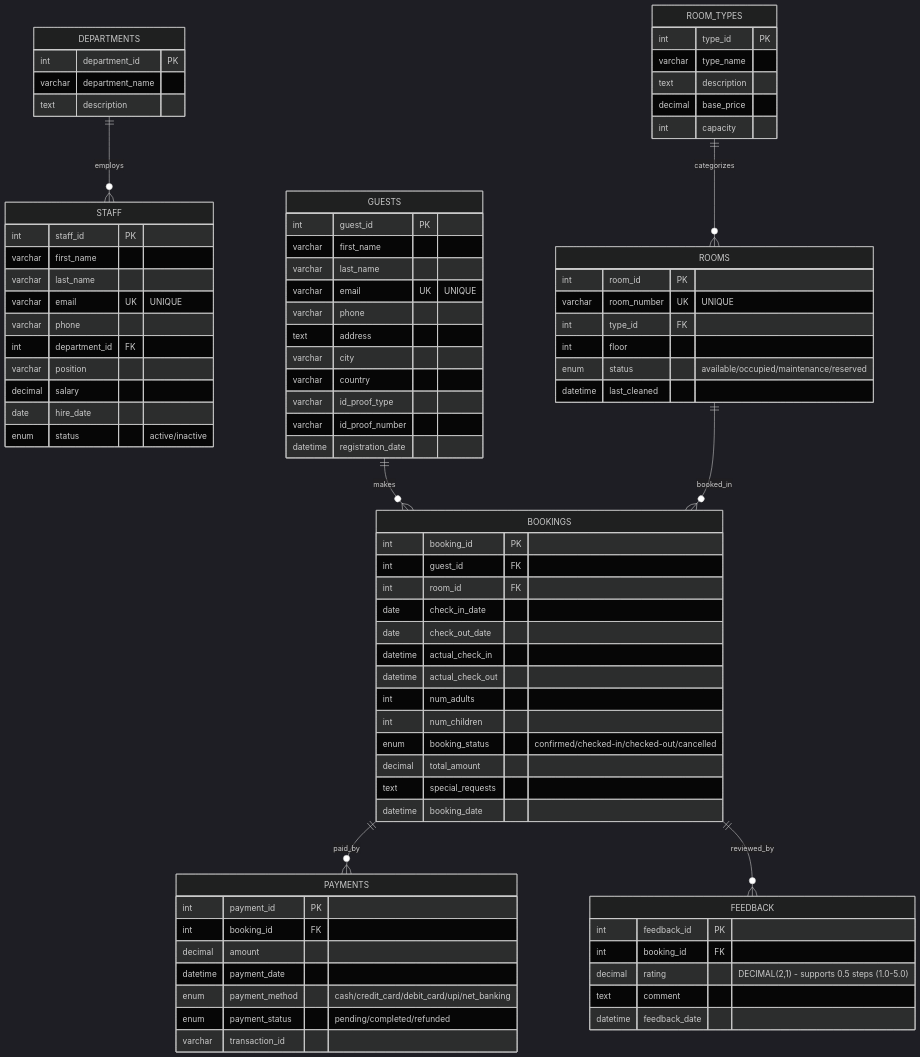
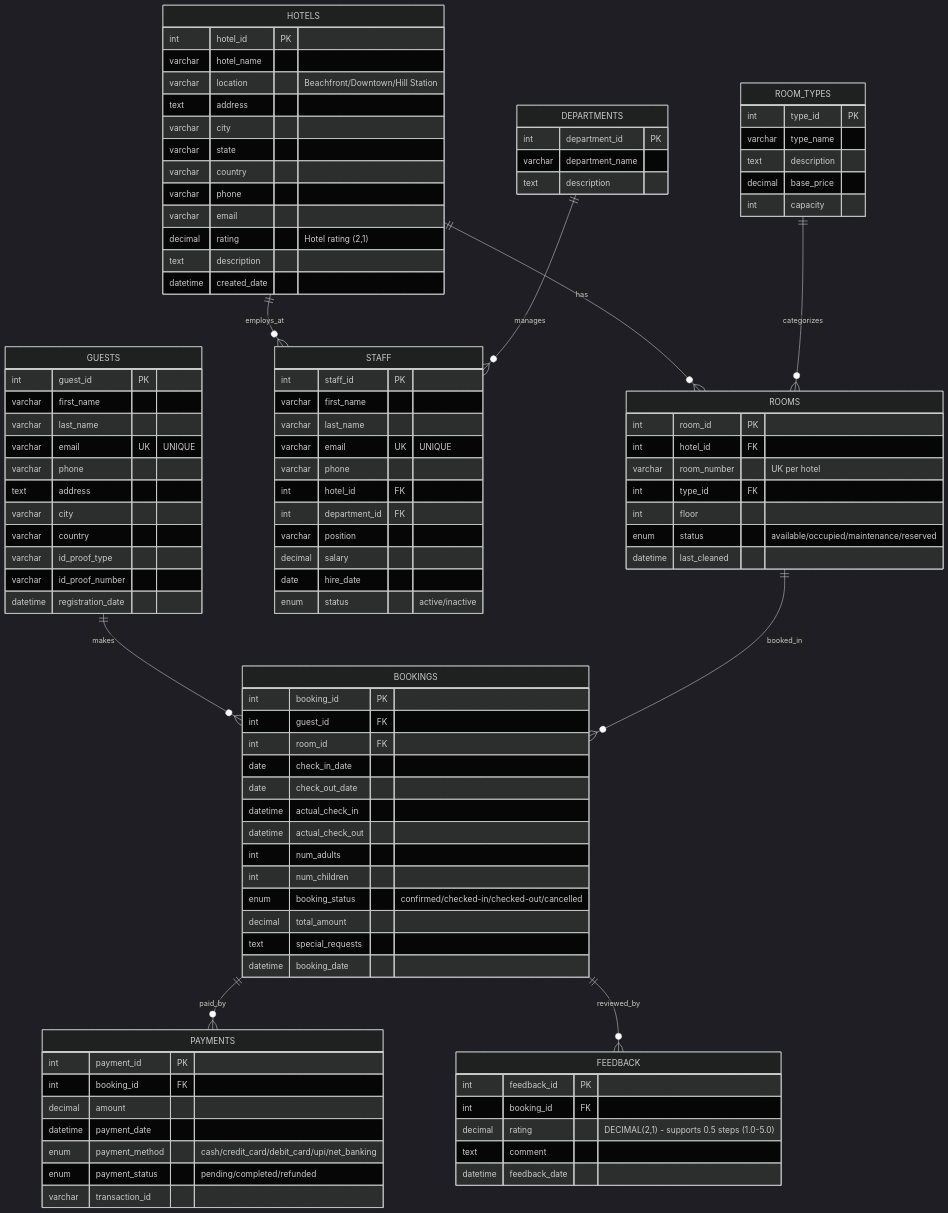
Before and after one commit to souvikpaul964-hue/DBMS: the diagram in ER_DIAGRAM_MERMAID.md, drawn with Mermaid (dark theme). The commit also changed other lines of this file and 4 other files, not shown here.

````diff
--- a/ER_DIAGRAM_MERMAID.md
+++ b/ER_DIAGRAM_MERMAID.md
@@ -7,11 +7,28 @@
 ```mermaid
 erDiagram
-    DEPARTMENTS ||--o{ STAFF : "employs"
+    HOTELS ||--o{ ROOMS : "has"
+    HOTELS ||--o{ STAFF : "employs_at"
+    DEPARTMENTS ||--o{ STAFF : "manages"
     ROOM_TYPES ||--o{ ROOMS : "categorizes"
     GUESTS ||--o{ BOOKINGS : "makes"
     ROOMS ||--o{ BOOKINGS : "booked_in"
     BOOKINGS ||--o{ PAYMENTS : "paid_by"
     BOOKINGS ||--o{ FEEDBACK : "reviewed_by"
+
+    HOTELS {
+        int hotel_id PK
+        varchar hotel_name
+        varchar location "Beachfront/Downtown/Hill Station"
+        text address
+        varchar city
+        varchar state
+        varchar country
+        varchar phone
+        varchar email
+        decimal rating "Hotel rating (2,1)"
+        text description
+        datetime created_date
+    }
 
     DEPARTMENTS {
         int department_id PK
@@ -25,6 +42,7 @@
         varchar last_name
         varchar email UK "UNIQUE"
         varchar phone
+        int hotel_id FK
         int department_id FK
         varchar position
         decimal salary
@@ -42,7 +60,8 @@
 
     ROOMS {
         int room_id PK
-        varchar room_number UK "UNIQUE"
+        int hotel_id FK
+        varchar room_number "UK per hotel"
         int type_id FK
         int floor
         enum status "available/occupied/maintenance/reserved"
````
